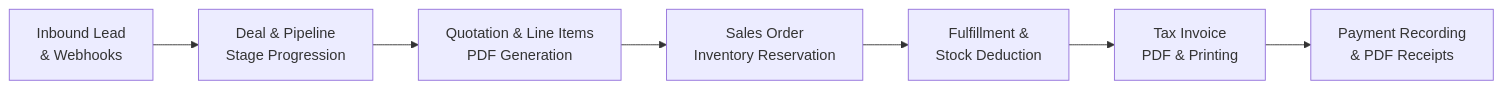
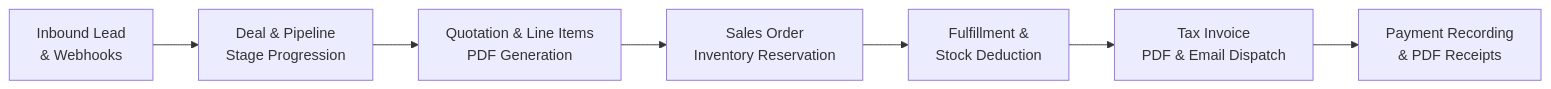
One commit to akshadasagar31/CRM changed the diagram in README.md. Above: the diagram before and after it, drawn with Mermaid. The commit also changed other lines of this file, not shown here.

````diff
--- a/README.md
+++ b/README.md
@@ -9,9 +16,9 @@
 ```mermaid
 flowchart LR
     A[Inbound Lead<br/>& Webhooks] --> B[Deal & Pipeline<br/>Stage Progression]
     B --> C[Quotation & Line Items<br/>PDF Generation]
     C --> D[Sales Order<br/>Inventory Reservation]
     D --> E[Fulfillment &<br/>Stock Deduction]
-    E --> F[Tax Invoice<br/>PDF & Printing]
+    E --> F[Tax Invoice<br/>PDF & Email Dispatch]
     F --> G[Payment Recording<br/>& PDF Receipts]
 ```
````
